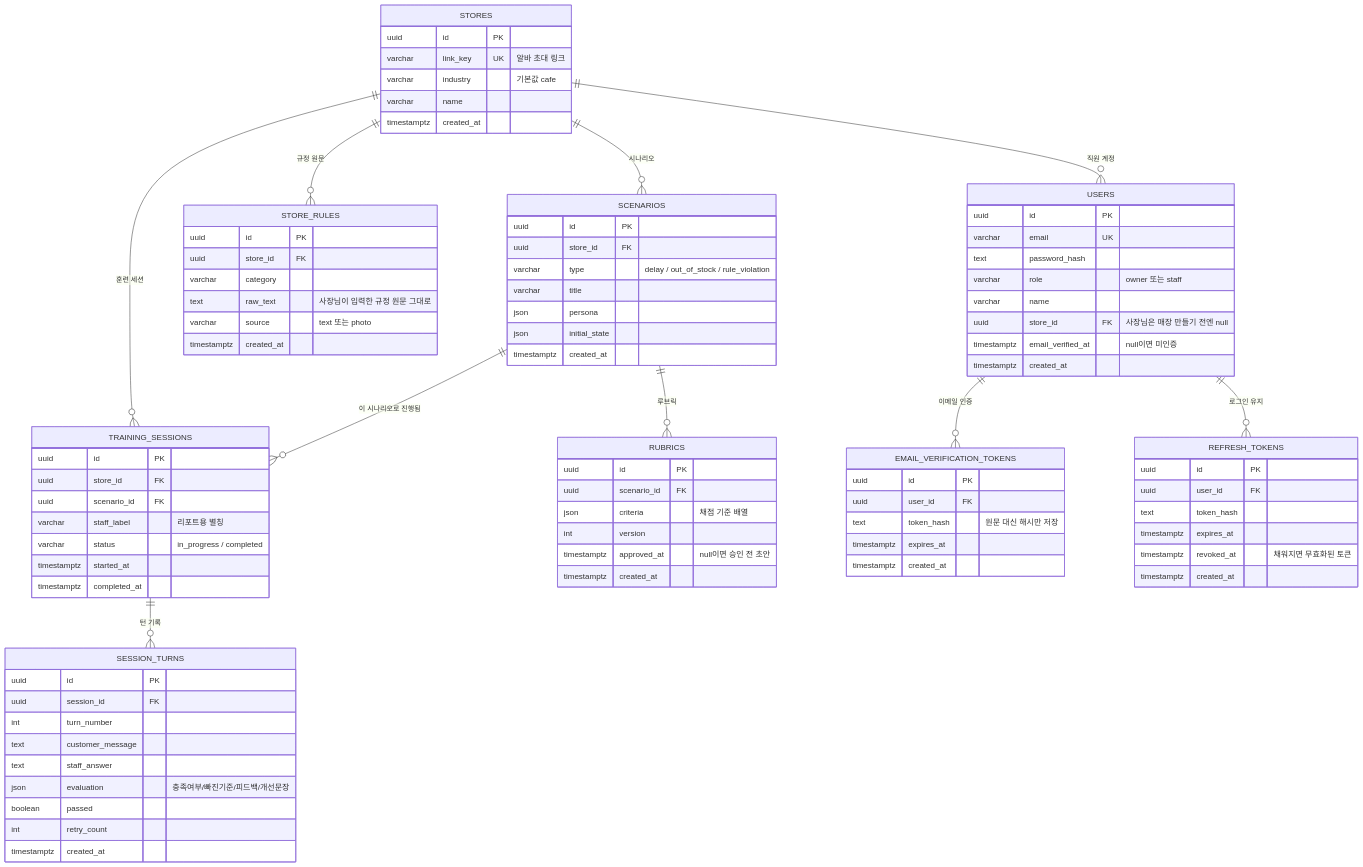
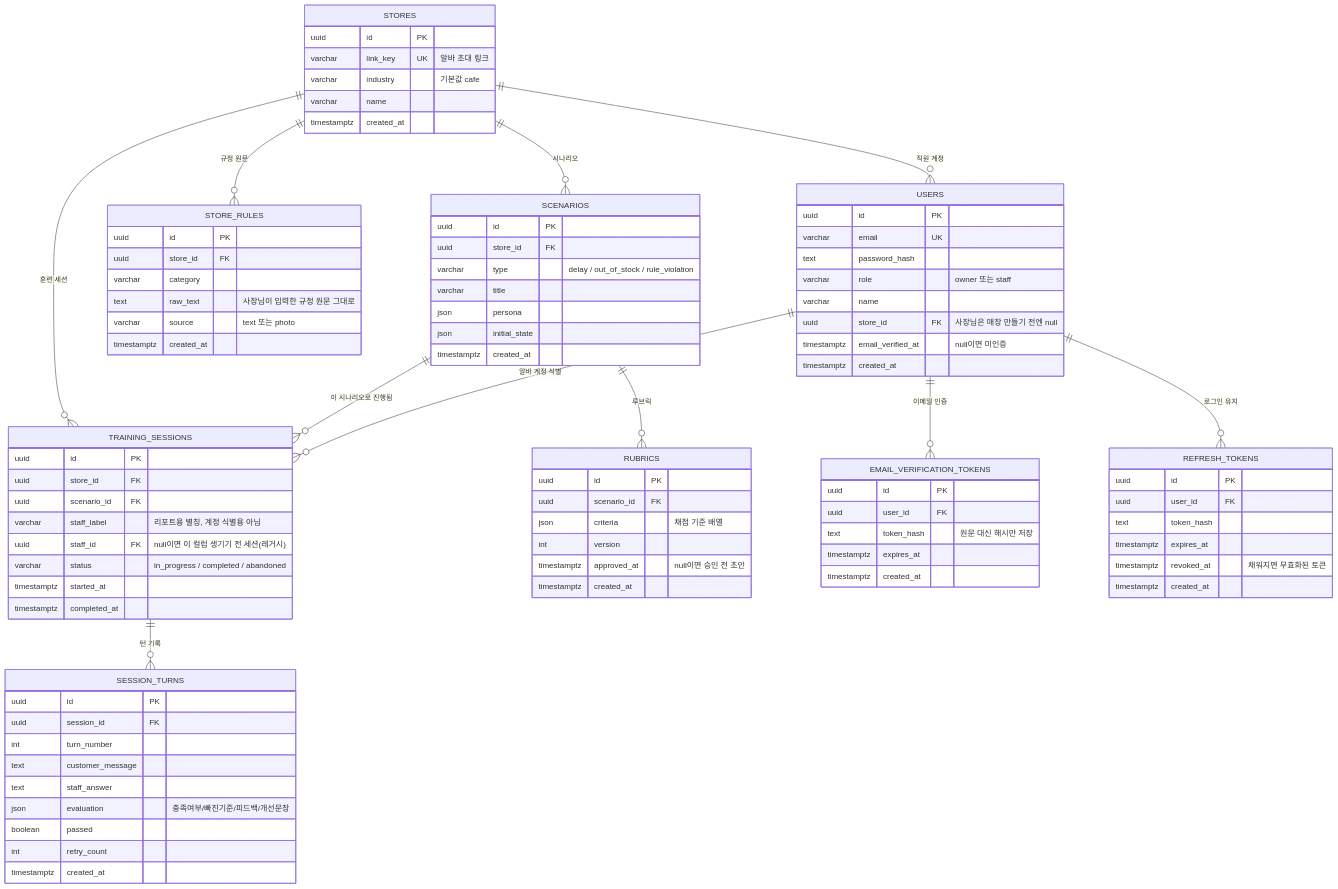
One commit to soyun11/albafit changed the diagram in docs/db-erd.md. Above: the diagram before and after it, drawn with Mermaid. The commit also changed 10 other files, not shown here.

```diff
--- a/docs/db-erd.md
+++ b/docs/db-erd.md
@@ -13,6 +13,7 @@
     SCENARIOS ||--o{ RUBRICS : "루브릭"
     SCENARIOS ||--o{ TRAINING_SESSIONS : "이 시나리오로 진행됨"
     TRAINING_SESSIONS ||--o{ SESSION_TURNS : "턴 기록"
+    USERS ||--o{ TRAINING_SESSIONS : "알바 계정 식별"
     USERS ||--o{ EMAIL_VERIFICATION_TOKENS : "이메일 인증"
     USERS ||--o{ REFRESH_TOKENS : "로그인 유지"
 
@@ -84,8 +85,9 @@
         uuid id PK
         uuid store_id FK
         uuid scenario_id FK
-        varchar staff_label "리포트용 별칭"
-        varchar status "in_progress / completed"
+        varchar staff_label "리포트용 별칭, 계정 식별용 아님"
+        uuid staff_id FK "null이면 이 컬럼 생기기 전 세션(레거시)"
+        varchar status "in_progress / completed / abandoned"
         timestamptz started_at
         timestamptz completed_at
     }
```
